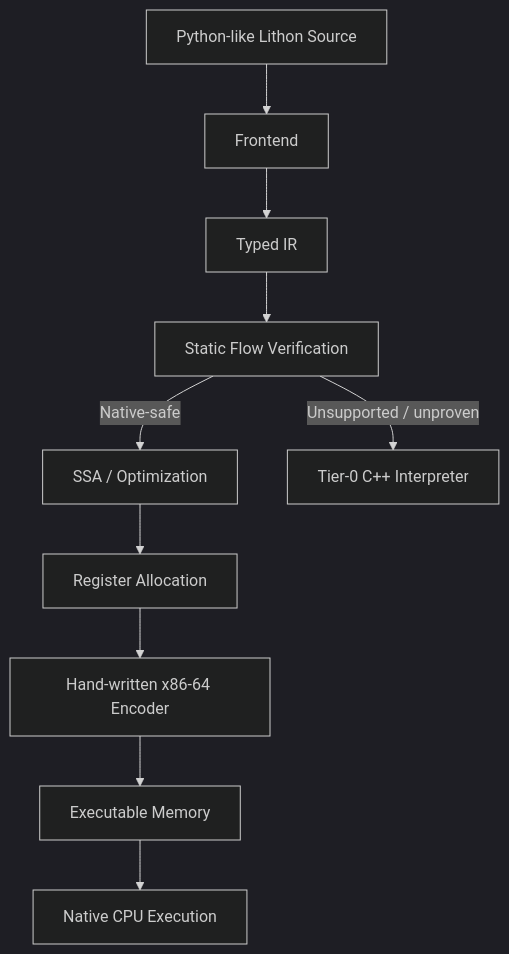
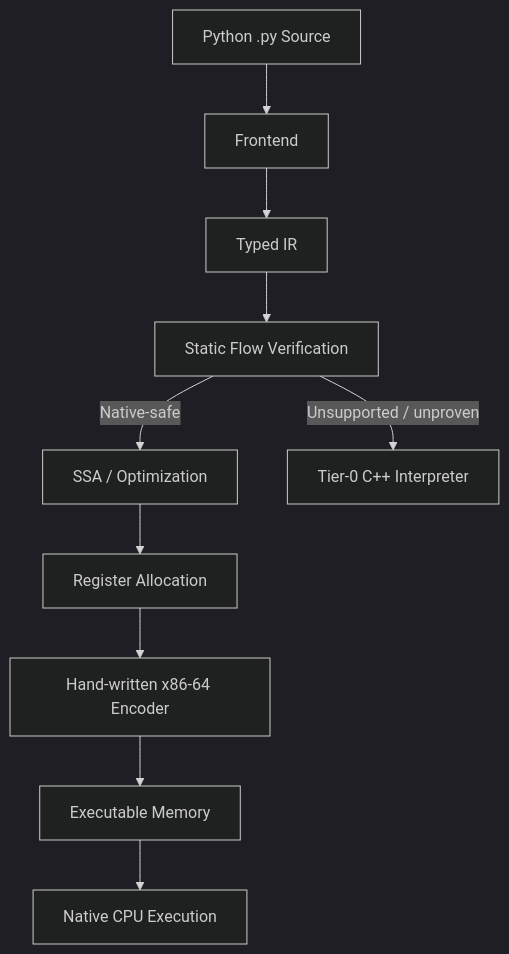
One commit to Project-Lithon/Lithon changed the diagram in README.md. Above: the diagram before and after it, drawn with Mermaid (dark theme). The commit also changed other lines of this file, not shown here.

````diff
--- a/README.md
+++ b/README.md
@@ -284,14 +274,14 @@
 ```mermaid
 graph TD
-    A[Python-like Lithon Source] --> B[Frontend]
+    A[Python .py Source] --> B[Frontend]
     B --> C[Typed IR]
     C --> D[Static Flow Verification]
 
     D -->|Native-safe| E[SSA / Optimization]
     E --> F[Register Allocation]
     F --> G[Hand-written x86-64 Encoder]
     G --> H[Executable Memory]
     H --> I[Native CPU Execution]
 
     D -->|Unsupported / unproven| J[Tier-0 C++ Interpreter]
 ```
````
